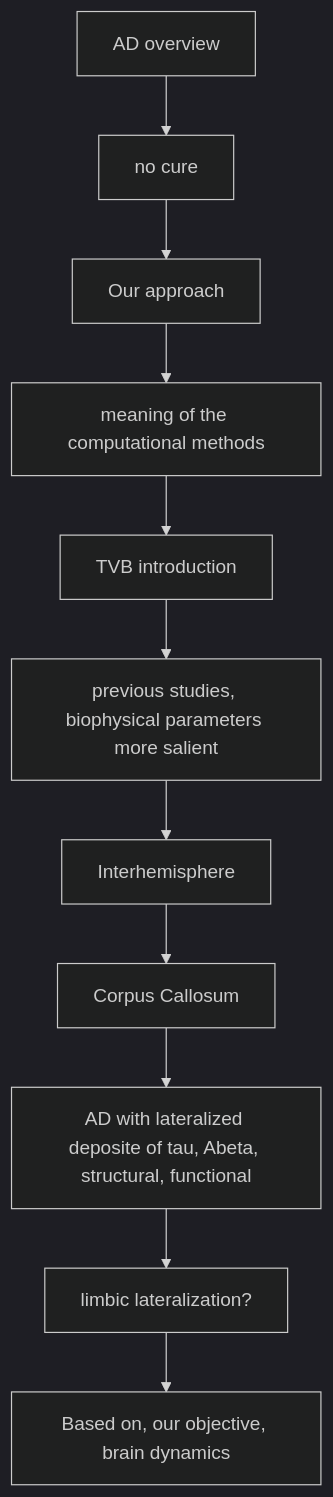
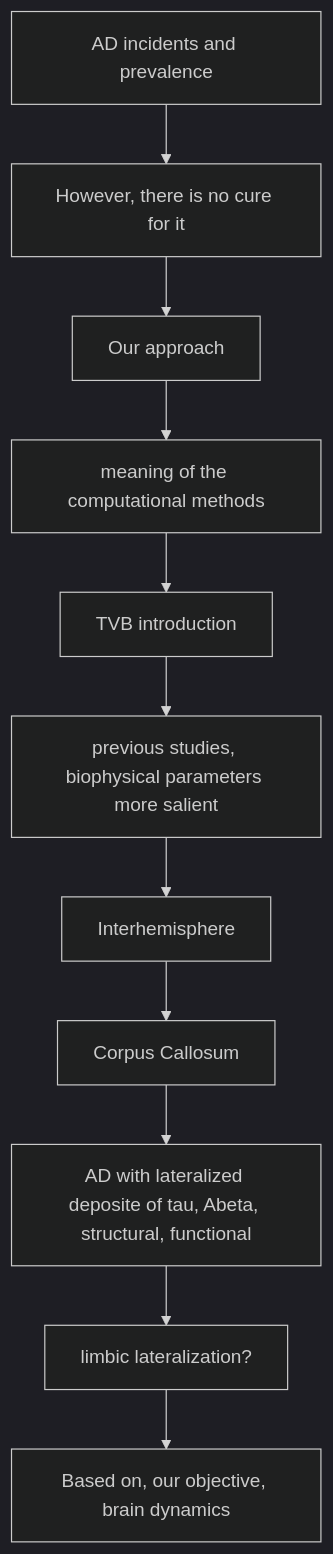
The diagram in alzheimer.md (yilewang/Gc_detect_script), drawn with Mermaid (dark theme) before and after one commit.

Commit message:
update test

````diff
--- a/alzheimer.md
+++ b/alzheimer.md
@@ -18,13 +18,13 @@
 ```mermaid
 flowchart TD
-	A[AD overview] --> B[no cure];
+	A[AD incidents and prevalence] --> B[However, there is no cure for it];
 	B --> C[Our approach];
 	C --> D[meaning of the computational methods];
 	D --> E[TVB introduction];
 	E --> F[previous studies, biophysical parameters more salient];
 	F --> G[Interhemisphere];
 	G --> H[Corpus Callosum];
 	H --> I[AD with lateralized deposite of tau, Abeta, structural, functional];
 	I --> J[limbic lateralization?];
 	J --> K[Based on, our objective, brain dynamics];
 ```
````
